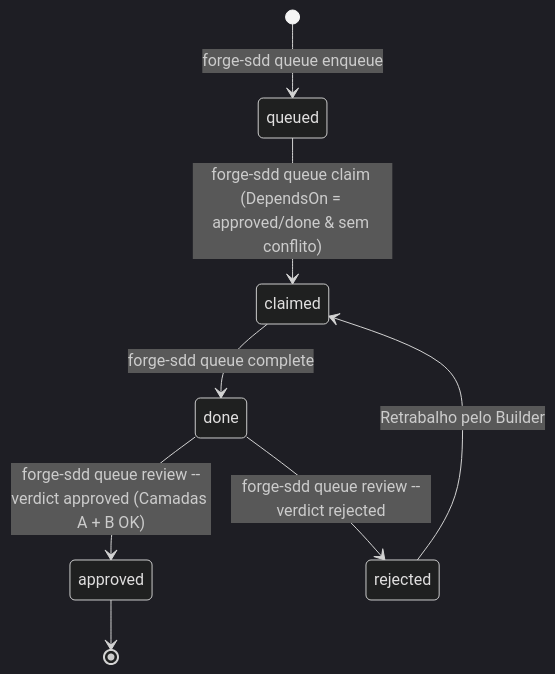
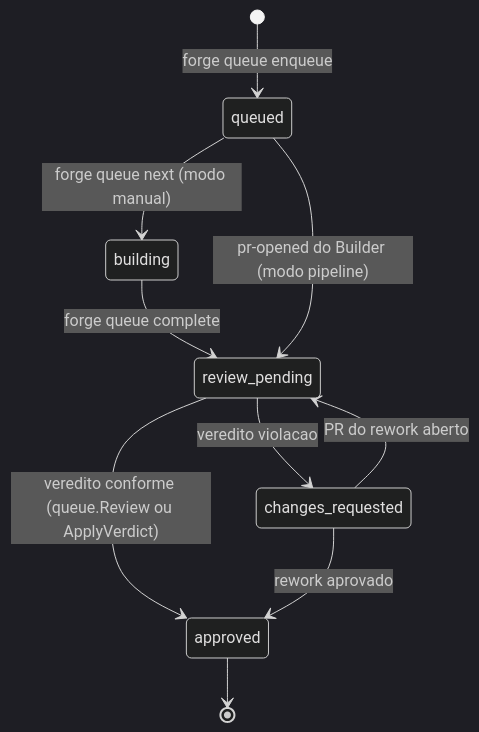
The third of 6 diagrams in sdd/spec/flows.md (nathanramorim/forge-sdd), drawn with Mermaid (dark theme) before and after one commit. The commit also changed other lines of this file and 9 other files, not shown here.

````diff
--- a/sdd/spec/flows.md
+++ b/sdd/spec/flows.md
@@ -43,10 +60,12 @@
 ```mermaid
 stateDiagram-v2
-    [*] --> queued: forge-sdd queue enqueue
-    queued --> claimed: forge-sdd queue claim (DependsOn = approved/done & sem conflito)
-    claimed --> done: forge-sdd queue complete
-    done --> approved: forge-sdd queue review --verdict approved (Camadas A + B OK)
-    done --> rejected: forge-sdd queue review --verdict rejected
-    rejected --> claimed: Retrabalho pelo Builder
+    [*] --> queued: forge queue enqueue
+    queued --> building: forge queue next (modo manual)
+    building --> review_pending: forge queue complete
+    queued --> review_pending: pr-opened do Builder (modo pipeline)
+    review_pending --> approved: veredito conforme (queue.Review ou ApplyVerdict)
+    review_pending --> changes_requested: veredito violacao
+    changes_requested --> review_pending: PR do rework aberto
+    changes_requested --> approved: rework aprovado
     approved --> [*]
 ```
````
